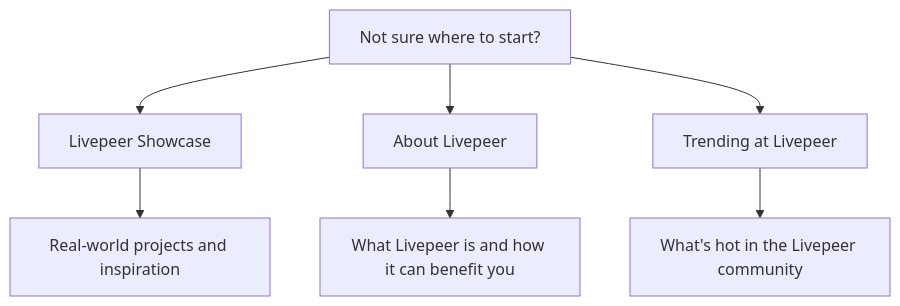
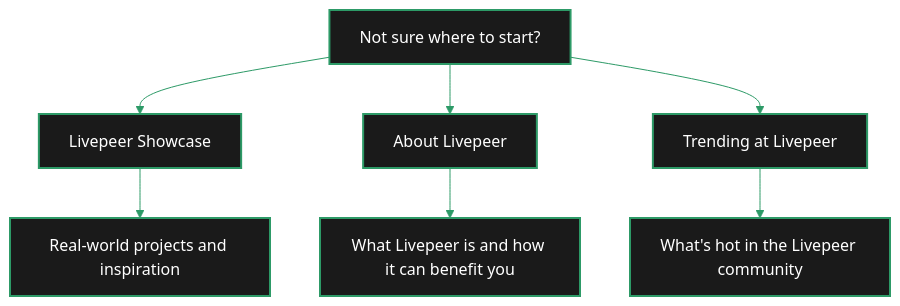
The diagram in v2/pages/00_home/home/get-started.mdx (its-DeFine/docs), drawn with Mermaid before and after one commit. The commit also changed other lines of this file and 140 other files, not shown here.

````diff
--- a/v2/pages/00_home/home/get-started.mdx
+++ b/v2/pages/00_home/home/get-started.mdx
@@ -99,9 +130,11 @@
 ```mermaid
+%%{init: {'theme': 'base', 'themeVariables': { 'primaryColor': '#1a1a1a', 'primaryTextColor': '#fff', 'primaryBorderColor': '#2d9a67', 'lineColor': '#2d9a67', 'secondaryColor': '#0d0d0d', 'tertiaryColor': '#1a1a1a', 'background': '#0d0d0d', 'fontFamily': 'system-ui', 'clusterBkg': 'rgba(255,255,255,0.05)', 'clusterBorder': '#2d9a67' }}}%%
 graph TB
+    classDef default stroke-width:2px
     A["Not sure where to start?"] --> B["Livepeer Showcase"]
     A --> C["About Livepeer"]
     A --> D["Trending at Livepeer"]
     B --> E["Real-world projects and inspiration"]
     C --> F["What Livepeer is and how it can benefit you"]
     D --> G["What's hot in the Livepeer community"]
 ```
````
